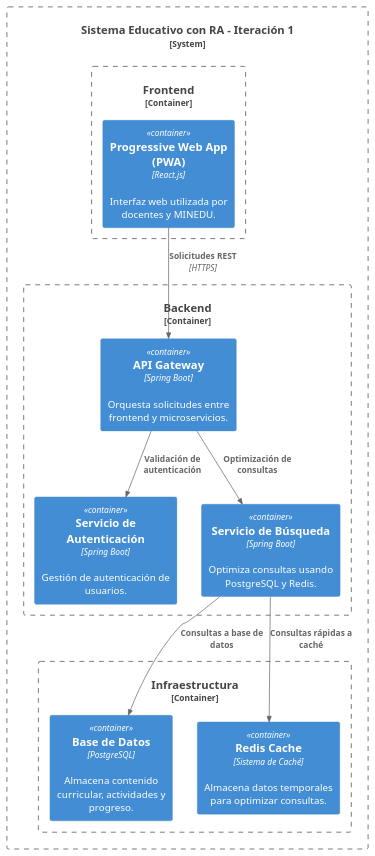
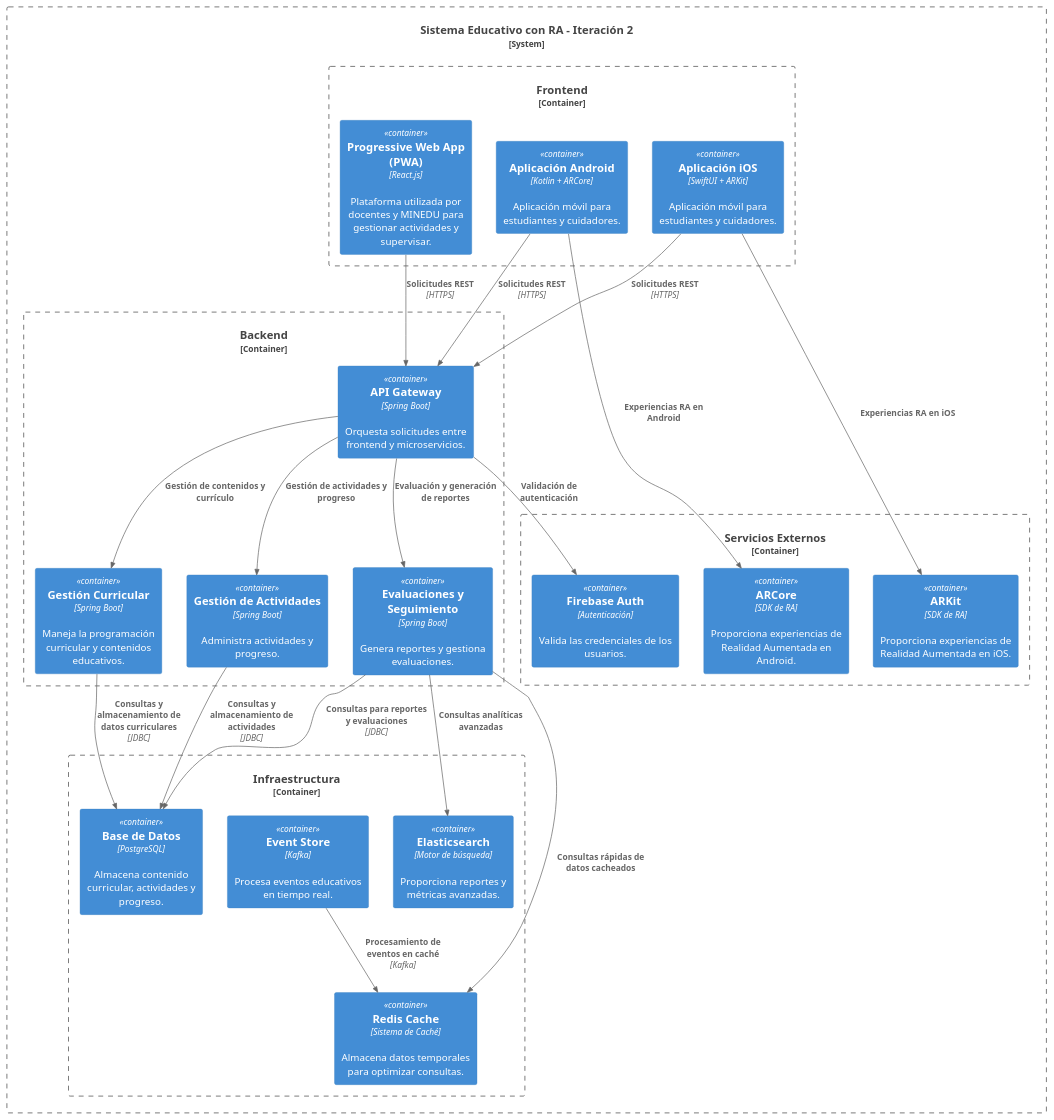
One commit to Arquitectura-de-Software-TEApprendo/TEApprendo-Diagramas changed the diagram in contenedor.puml. Above: the diagram before and after it, drawn with PlantUML. The commit also changed 1 other file, not shown here.

```diff
--- a/contenedor.puml
+++ b/contenedor.puml
@@ -1,28 +1,51 @@
 @startuml
 !include https://raw.githubusercontent.com/plantuml-stdlib/C4-PlantUML/master/C4_Container.puml
 
-System_Boundary(Sistema, "Sistema Educativo con RA - Iteración 1") {
+System_Boundary(Sistema, "Sistema Educativo con RA - Iteración 2") {
 
     Container_Boundary(Frontend, "Frontend") {
-        Container(PWA, "Progressive Web App (PWA)", "React.js", "Interfaz web utilizada por docentes y MINEDU.")
+        Container(PWA, "Progressive Web App (PWA)", "React.js", "Plataforma utilizada por docentes y MINEDU para gestionar actividades y supervisar.")
+        Container(AndroidApp, "Aplicación Android", "Kotlin + ARCore", "Aplicación móvil para estudiantes y cuidadores.")
+        Container(iOSApp, "Aplicación iOS", "SwiftUI + ARKit", "Aplicación móvil para estudiantes y cuidadores.")
     }
 
     Container_Boundary(Backend, "Backend") {
         Container(API_Gateway, "API Gateway", "Spring Boot", "Orquesta solicitudes entre frontend y microservicios.")
-        Container(AuthService, "Servicio de Autenticación", "Spring Boot", "Gestión de autenticación de usuarios.")
-        Container(SearchService, "Servicio de Búsqueda", "Spring Boot", "Optimiza consultas usando PostgreSQL y Redis.")
+        Container(GestionCurricular, "Gestión Curricular", "Spring Boot", "Maneja la programación curricular y contenidos educativos.")
+        Container(GestionActividades, "Gestión de Actividades", "Spring Boot", "Administra actividades y progreso.")
+        Container(Evaluaciones, "Evaluaciones y Seguimiento", "Spring Boot", "Genera reportes y gestiona evaluaciones.")
     }
 
     Container_Boundary(Infraestructura, "Infraestructura") {
         Container(PostgreSQL, "Base de Datos", "PostgreSQL", "Almacena contenido curricular, actividades y progreso.")
         Container(Redis, "Redis Cache", "Sistema de Caché", "Almacena datos temporales para optimizar consultas.")
+        Container(EventStore, "Event Store", "Kafka", "Procesa eventos educativos en tiempo real.")
+        Container(Elastic, "Elasticsearch", "Motor de búsqueda", "Proporciona reportes y métricas avanzadas.")
+    }
+
+    Container_Boundary(ServiciosExternos, "Servicios Externos") {
+        Container(Firebase, "Firebase Auth", "Autenticación", "Valida las credenciales de los usuarios.")
+        Container(ARCore, "ARCore", "SDK de RA", "Proporciona experiencias de Realidad Aumentada en Android.")
+        Container(ARKit, "ARKit", "SDK de RA", "Proporciona experiencias de Realidad Aumentada en iOS.")
     }
 
     Rel(PWA, API_Gateway, "Solicitudes REST", "HTTPS")
-    Rel(API_Gateway, AuthService, "Validación de autenticación")
-    Rel(API_Gateway, SearchService, "Optimización de consultas")
-    Rel(SearchService, PostgreSQL, "Consultas a base de datos")
-    Rel(SearchService, Redis, "Consultas rápidas a caché")
-}
+    Rel(AndroidApp, API_Gateway, "Solicitudes REST", "HTTPS")
+    Rel(iOSApp, API_Gateway, "Solicitudes REST", "HTTPS")
+
+    Rel(API_Gateway, GestionCurricular, "Gestión de contenidos y currículo")
+    Rel(API_Gateway, GestionActividades, "Gestión de actividades y progreso")
+    Rel(API_Gateway, Evaluaciones, "Evaluación y generación de reportes")
+
+    Rel(GestionCurricular, PostgreSQL, "Consultas y almacenamiento de datos curriculares", "JDBC")
+    Rel(GestionActividades, PostgreSQL, "Consultas y almacenamiento de actividades", "JDBC")
+    Rel(Evaluaciones, PostgreSQL, "Consultas para reportes y evaluaciones", "JDBC")
+    Rel(Evaluaciones, Redis, "Consultas rápidas de datos cacheados")
+    Rel(EventStore, Redis, "Procesamiento de eventos en caché", "Kafka")
+    Rel(Evaluaciones, Elastic, "Consultas analíticas avanzadas")
+
+    Rel(API_Gateway, Firebase, "Validación de autenticación")
+    Rel(AndroidApp, ARCore, "Experiencias RA en Android")
+    Rel(iOSApp, ARKit, "Experiencias RA en iOS")
 
 @enduml
```
